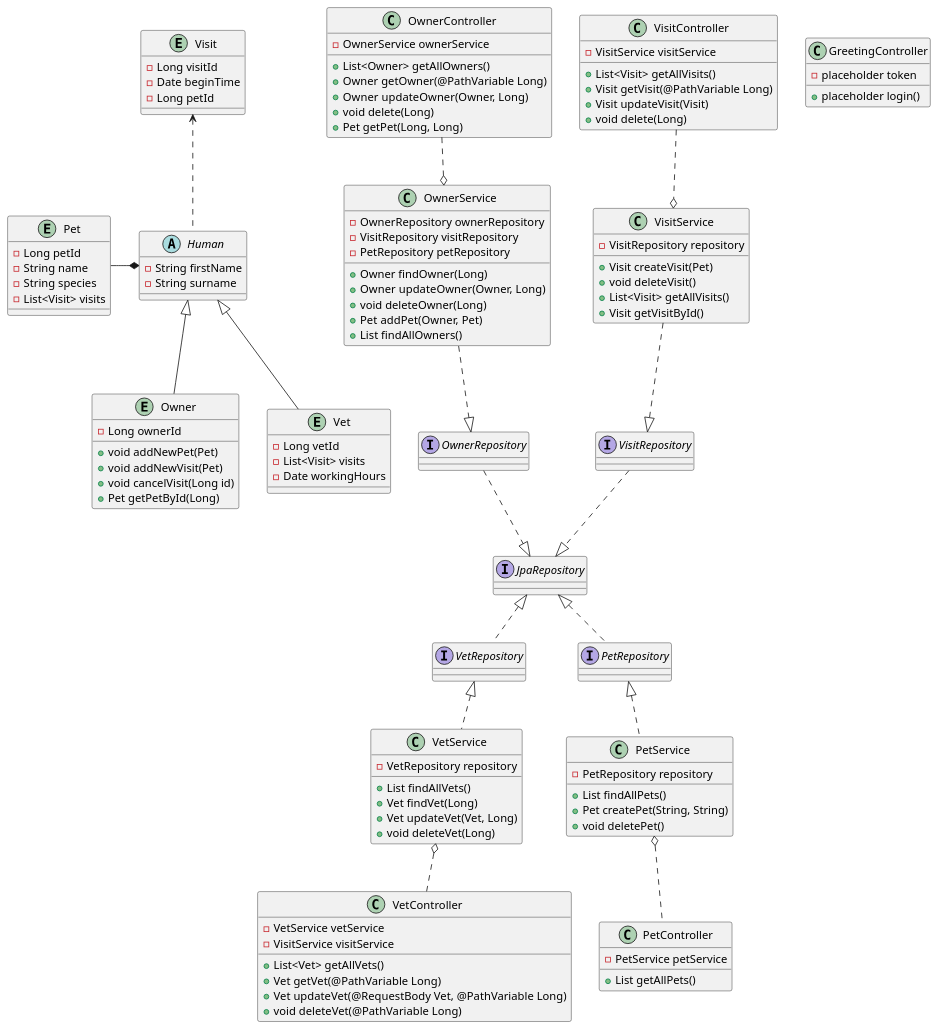
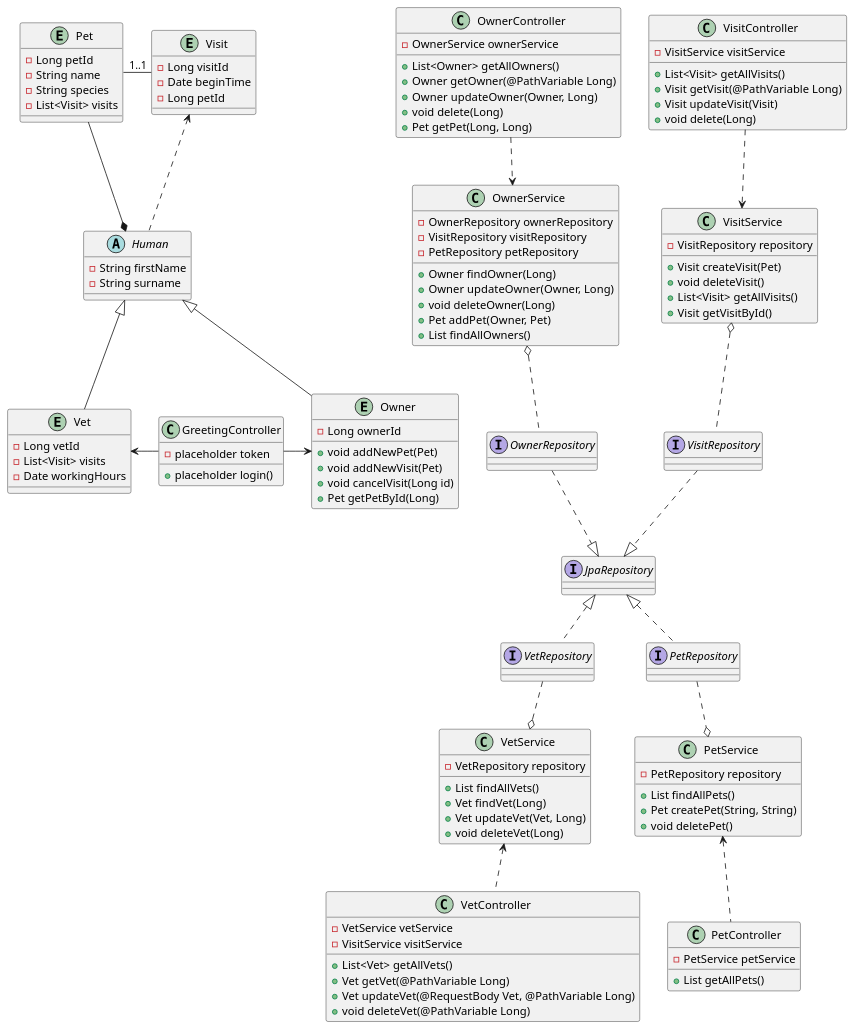
One commit to Serionus/softwareEngineeringPetClinic changed the diagram in petclinic.plantuml. Above: the diagram before and after it, drawn with PlantUML.

Commit message:
Class diagram and usecase diagram both finished

```diff
--- a/petclinic.plantuml
+++ b/petclinic.plantuml
@@ -1,130 +1,133 @@
 @startuml PetClinic
 
 
 abstract Human{
     -String firstName
     -String surname
 }
 
 entity Owner extends Human {
     -Long ownerId
     +void addNewPet(Pet)
     +void addNewVisit(Pet)
     +void cancelVisit(Long id)
     +Pet getPetById(Long)
 }
 
 entity Vet extends Human {
     -Long vetId
     -List<Visit> visits
     -Date workingHours
 }
 
 entity Visit {
     -Long visitId
     -Date beginTime
     -Long petId
 }
 
 entity Pet {
     -Long petId
     -String name
     -String species
     -List<Visit> visits
 }
 
 interface VetRepository 
 interface PetRepository 
 interface OwnerRepository
 interface VisitRepository
 interface JpaRepository
 
 JpaRepository <|.. VetRepository
 JpaRepository <|.. PetRepository
 OwnerRepository ..|> JpaRepository
 VisitRepository ..|> JpaRepository
 
-PetRepository <|.. PetService
-VetRepository <|.. VetService
-OwnerService ..|> OwnerRepository
-VisitService ..|> VisitRepository
+PetRepository ..o PetService
+VetRepository ..o VetService
+OwnerService o.. OwnerRepository
+VisitService o.. VisitRepository
 
-PetService o.. PetController
-VetService o.. VetController
-OwnerController ..o OwnerService
-VisitController ..o VisitService
+PetService <.. PetController
+VetService <.. VetController
+OwnerController ..> OwnerService
+VisitController ..> VisitService
 
 Pet -* Human
 Visit <.. Human
+Pet "1..1" - Visit
 
+GreetingController -> Owner
+Vet <- GreetingController
 
 class OwnerService {
     -OwnerRepository ownerRepository
     -VisitRepository visitRepository
     -PetRepository petRepository
     +Owner findOwner(Long)
     +Owner updateOwner(Owner, Long)
     +void deleteOwner(Long)
     +Pet addPet(Owner, Pet)
     +List findAllOwners()
 }
 
 class PetService {
     -PetRepository repository
     +List findAllPets()
     +Pet createPet(String, String)
     +void deletePet()
 }
 
 class VetService {
     -VetRepository repository
     +List findAllVets()
     +Vet findVet(Long)
     +Vet updateVet(Vet, Long)
     +void deleteVet(Long)
 }
 
 class VisitService {
     -VisitRepository repository
     +Visit createVisit(Pet)
     +void deleteVisit()
     +List<Visit> getAllVisits()
     +Visit getVisitById()
 }
 
 class GreetingController {
     -placeholder token
     +placeholder login()
 }
 
 class OwnerController {
     -OwnerService ownerService
     +List<Owner> getAllOwners()
     +Owner getOwner(@PathVariable Long)
     +Owner updateOwner(Owner, Long)
     +void delete(Long)
     +Pet getPet(Long, Long)
 }
 
 class PetController {
     -PetService petService
     +List getAllPets()
 }
 
 class VisitController {
     -VisitService visitService
     +List<Visit> getAllVisits()
     +Visit getVisit(@PathVariable Long)
     +Visit updateVisit(Visit)
     +void delete(Long)
 }
 class VetController {
     -VetService vetService
     -VisitService visitService
     +List<Vet> getAllVets()
     +Vet getVet(@PathVariable Long)
     +Vet updateVet(@RequestBody Vet, @PathVariable Long)
     +void deleteVet(@PathVariable Long)
 }
 
 @enduml
```
